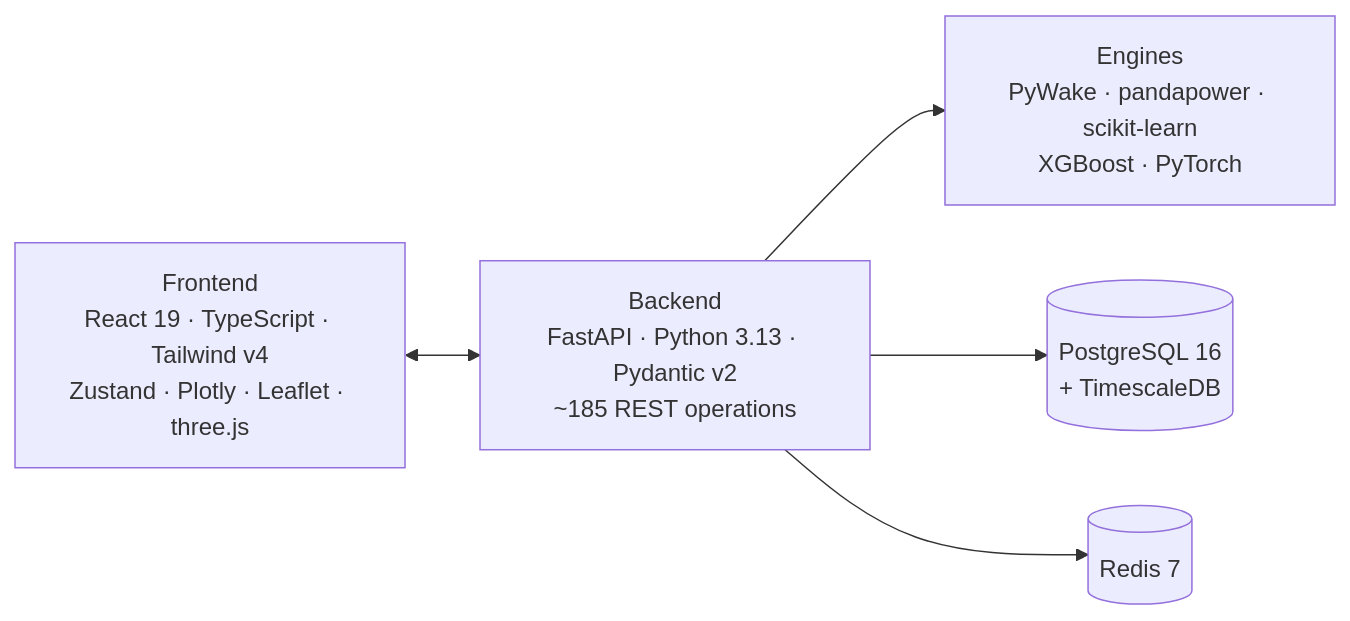
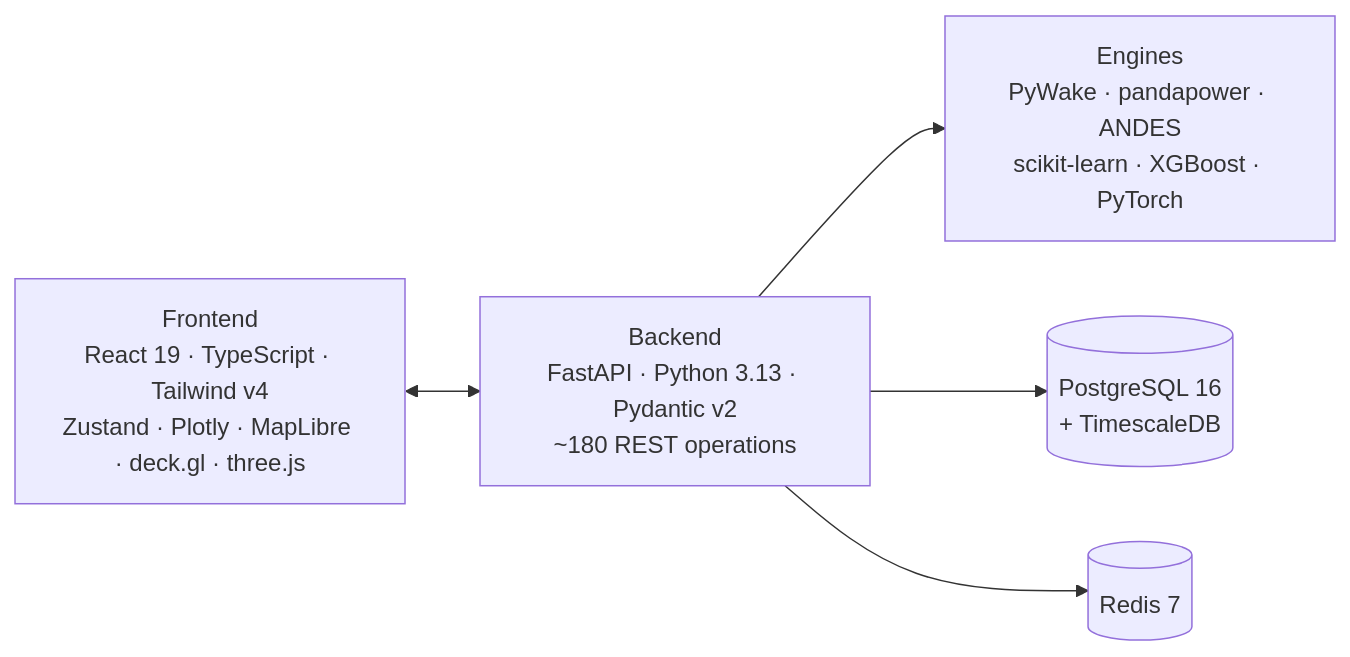
Before and after one commit to polat-mustafa/baltic-wind-control-system: the diagram in README.md, drawn with Mermaid. The commit also changed other lines of this file, not shown here.

````diff
--- a/README.md
+++ b/README.md
@@ -87,12 +97,12 @@
 ```mermaid
 graph LR
-    UI["Frontend<br/>React 19 · TypeScript · Tailwind v4<br/>Zustand · Plotly · Leaflet · three.js"]
-    API["Backend<br/>FastAPI · Python 3.13 · Pydantic v2<br/>~185 REST operations"]
-    ENG["Engines<br/>PyWake · pandapower · scikit-learn<br/>XGBoost · PyTorch"]
+    UI["Frontend<br/>React 19 · TypeScript · Tailwind v4<br/>Zustand · Plotly · MapLibre · deck.gl · three.js"]
+    API["Backend<br/>FastAPI · Python 3.13 · Pydantic v2<br/>~180 REST operations"]
+    ENG["Engines<br/>PyWake · pandapower · ANDES<br/>scikit-learn · XGBoost · PyTorch"]
     DB[("PostgreSQL 16<br/>+ TimescaleDB")]
     RD[("Redis 7")]
     UI <--> API
     API --> ENG
     API --> DB
     API --> RD
 ```
````
